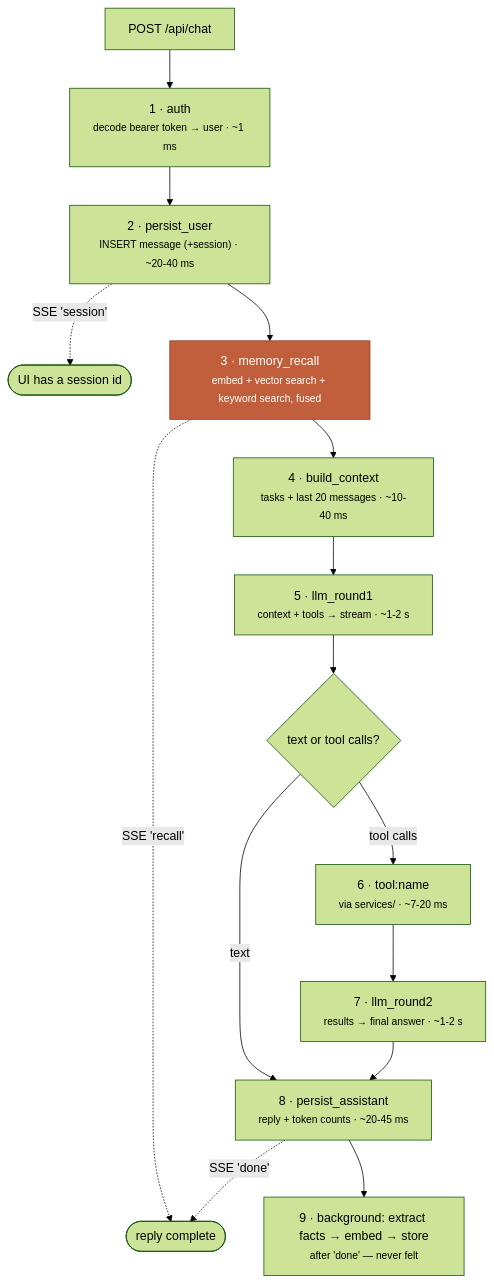
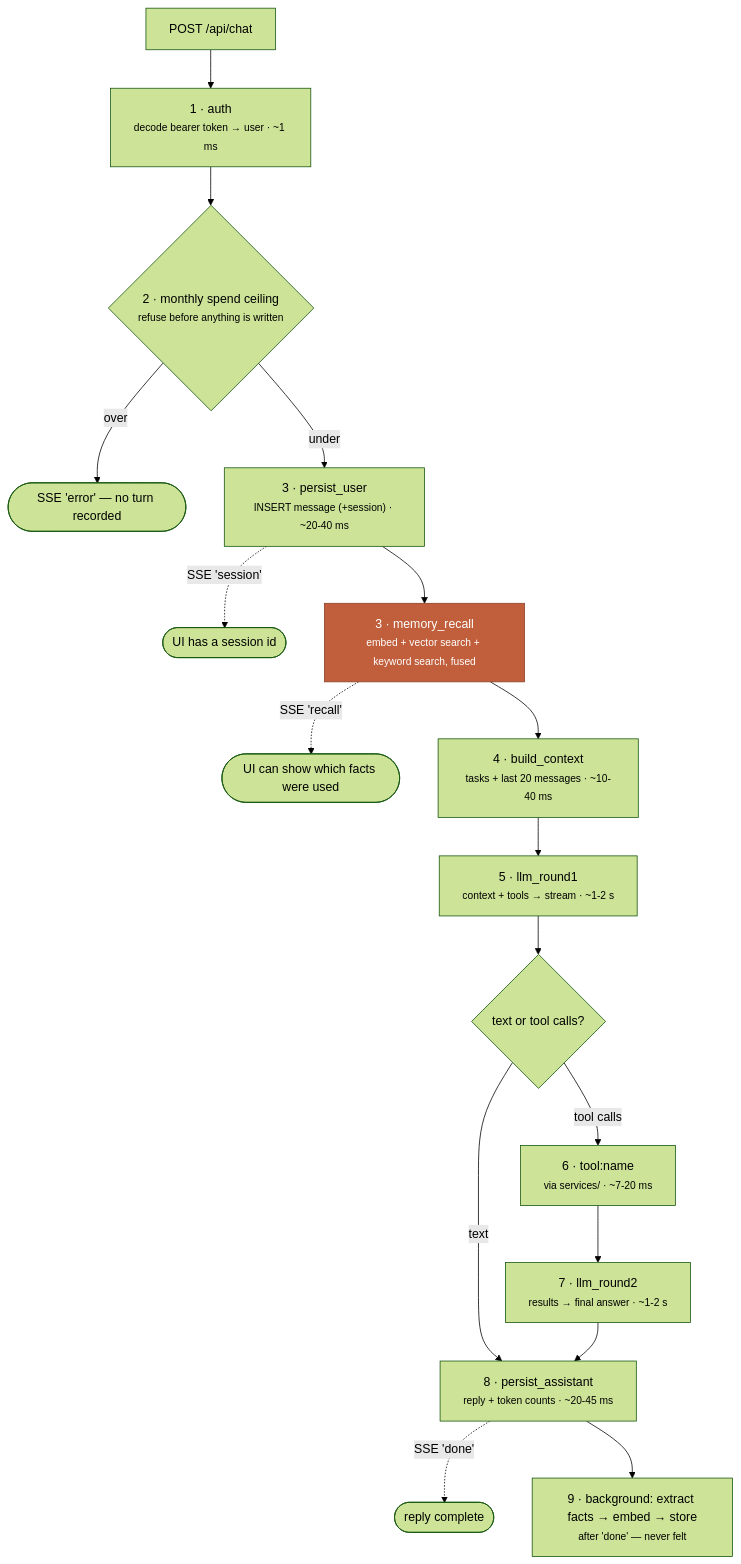
The diagram in docs/REQUEST-ANATOMY.md (narendra632/aceroai), drawn with Mermaid (forest theme) before and after one commit. The commit also changed 4 other files, not shown here.

First line of the commit message:
fix(docs): repair four broken diagrams, and check the rest on every CI run

````diff
--- a/docs/REQUEST-ANATOMY.md
+++ b/docs/REQUEST-ANATOMY.md
@@ -43,19 +43,21 @@
 ```mermaid
 flowchart TD
     A["POST /api/chat"] --> B["1 · auth<br/><small>decode bearer token → user · ~1 ms</small>"]
-    B --> C["2 · persist_user<br/><small>INSERT message (+session) · ~20-40 ms</small>"]
+    B --> BG{"2 · monthly spend ceiling<br/><small>refuse before anything is written</small>"}
+    BG -->|over| STOP([SSE 'error' — no turn recorded])
+    BG -->|under| C["3 · persist_user<br/><small>INSERT message (+session) · ~20-40 ms</small>"]
     C -.->|SSE 'session'| U1([UI has a session id])
     C --> D["3 · memory_recall<br/><small>embed + vector search + keyword search, fused</small>"]
     D -.->|SSE 'recall'| U2([UI can show which facts were used])
     D --> E["4 · build_context<br/><small>tasks + last 20 messages · ~10-40 ms</small>"]
     E --> F["5 · llm_round1<br/><small>context + tools → stream · ~1-2 s</small>"]
     F --> G{text or tool calls?}
     G -->|text| I["8 · persist_assistant<br/><small>reply + token counts · ~20-45 ms</small>"]
     G -->|tool calls| H1["6 · tool:name<br/><small>via services/ · ~7-20 ms</small>"]
     H1 --> H2["7 · llm_round2<br/><small>results → final answer · ~1-2 s</small>"]
     H2 --> I
-    I -.->|SSE 'done'| U2([reply complete])
+    I -.->|SSE 'done'| U3([reply complete])
     I --> J["9 · background: extract facts → embed → store<br/><small>after 'done' — never felt</small>"]
 
     style D fill:#c15f3c,stroke:#8a3f26,color:#fff
 ```
````
